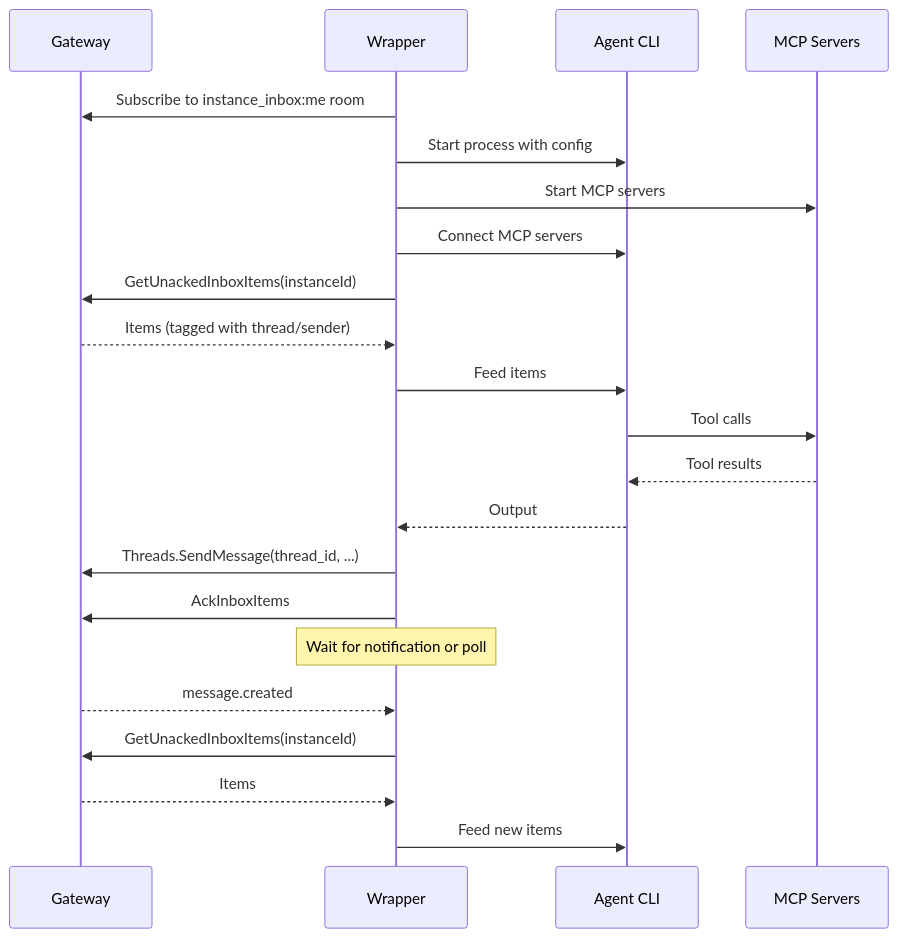
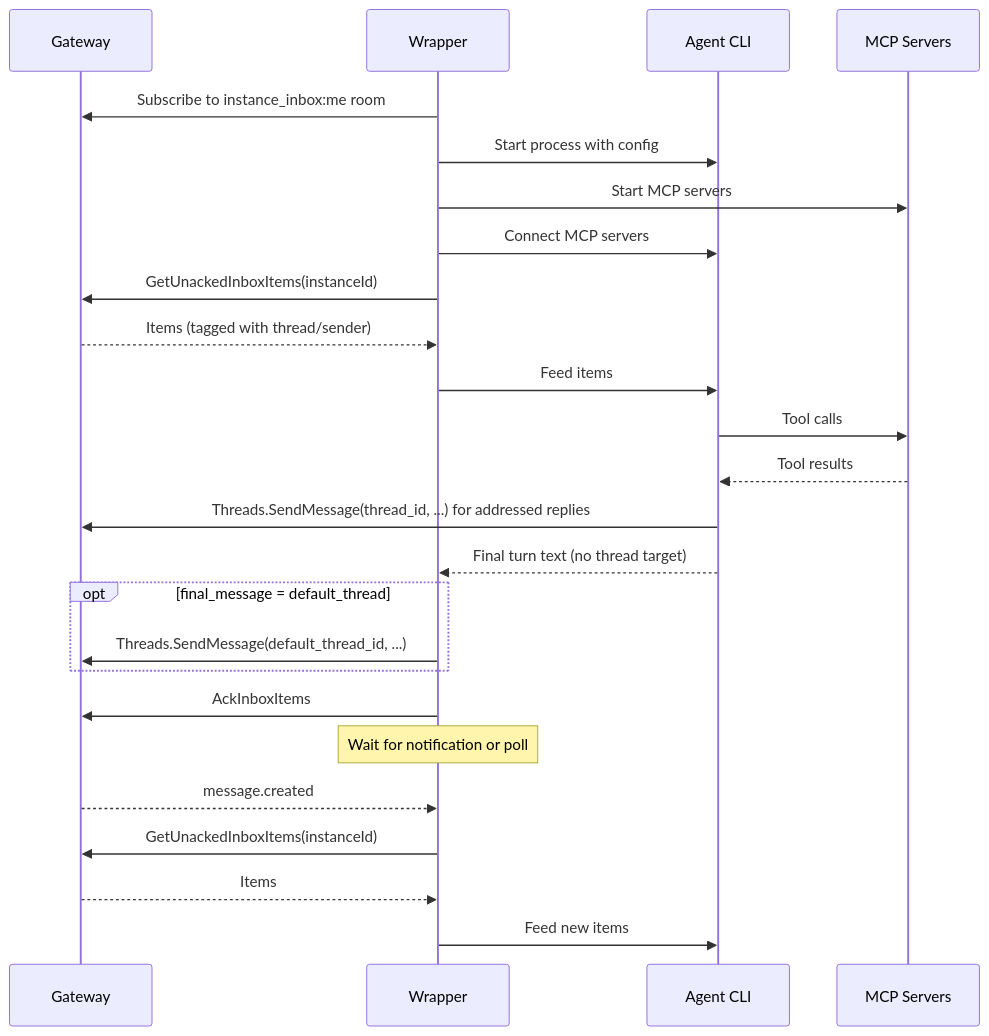
Before and after one commit to agynio/architecture: the third of 4 diagrams in architecture/agent/overview.md, drawn with Mermaid. The commit also changed other lines of this file and 7 other files, not shown here.

````diff
--- a/architecture/agent/overview.md
+++ b/architecture/agent/overview.md
@@ -119,25 +119,28 @@
 ```mermaid
 sequenceDiagram
     participant GW as Gateway
     participant W as Wrapper
     participant CLI as Agent CLI
     participant MCP as MCP Servers
 
     W->>GW: Subscribe to instance_inbox:me room
     W->>CLI: Start process with config
     W->>MCP: Start MCP servers
     W->>CLI: Connect MCP servers
     W->>GW: GetUnackedInboxItems(instanceId)
     GW-->>W: Items (tagged with thread/sender)
     W->>CLI: Feed items
     CLI->>MCP: Tool calls
     MCP-->>CLI: Tool results
-    CLI-->>W: Output
-    W->>GW: Threads.SendMessage(thread_id, ...)
+    CLI->>GW: Threads.SendMessage(thread_id, ...) for addressed replies
+    CLI-->>W: Final turn text (no thread target)
+    opt final_message = default_thread
+        W->>GW: Threads.SendMessage(default_thread_id, ...)
+    end
     W->>GW: AckInboxItems
     Note over W: Wait for notification or poll
     GW-->>W: message.created
     W->>GW: GetUnackedInboxItems(instanceId)
     GW-->>W: Items
     W->>CLI: Feed new items
 ```
````
